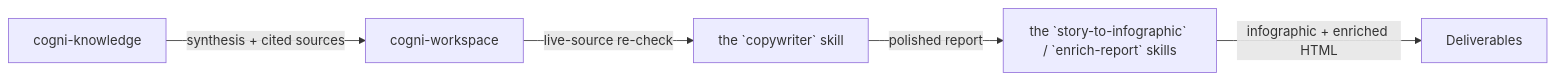
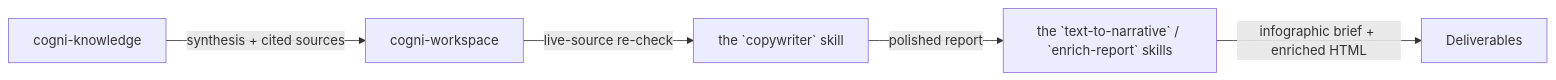
The diagram in docs/workflows/research-to-report.md (cogni-work/cogni-works), drawn with Mermaid before and after one commit. The commit also changed other lines of this file and 234 other files, not shown here.

First line of the commit message:
cogni-workspace: retire narrative, narrative-publish and the story-to-* producers in favour of text-to-narrative (#1893)

````diff
--- a/docs/workflows/research-to-report.md
+++ b/docs/workflows/research-to-report.md
@@ -7,7 +7,7 @@
 ```mermaid
 graph LR
     A[cogni-knowledge] -->|synthesis + cited sources| B[cogni-workspace]
     B -->|live-source re-check| C[the `copywriter` skill]
-    C -->|polished report| D[the `story-to-infographic` / `enrich-report` skills]
-    D -->|infographic + enriched HTML| E[Deliverables]
+    C -->|polished report| D[the `text-to-narrative` / `enrich-report` skills]
+    D -->|infographic brief + enriched HTML| E[Deliverables]
 ```
````
